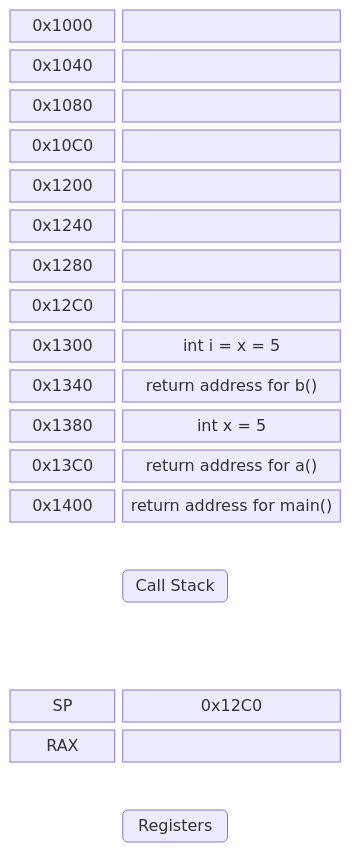
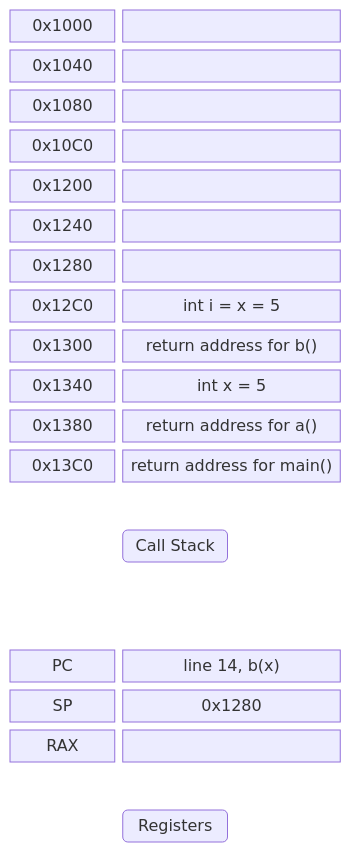
One commit to GlennVL-AP/cpp-programming-slides changed the seventh of 19 diagrams in slides/session_6/index.md. Above: the diagram before and after it, drawn with Mermaid. The commit also changed other lines of this file, not shown here.

````diff
--- a/slides/session_6/index.md
+++ b/slides/session_6/index.md
@@ -968,40 +1070,40 @@
 ```mermaid
 block-beta
   columns 3
   addr1["0x1000"]:1
   frame1[" "]:2
   addr2["0x1040"]:1
   frame2[" "]:2
   addr3["0x1080"]:1
   frame3[" "]:2
   addr4["0x10C0"]:1
   frame4[" "]:2
   addr5["0x1200"]:1
   frame5[" "]:2
   addr6["0x1240"]:1
   frame6[" "]:2
   addr7["0x1280"]:1
   frame7[" "]:2
   addr8["0x12C0"]:1
-  frame8[" "]:2
+  frame8["int i = x = 5"]:2
   addr9["0x1300"]:1
-  frame9["int i = x = 5"]:2
+  frame9["return address for b()"]:2
   addr10["0x1340"]:1
-  frame10["return address for b()"]:2
+  frame10["int x = 5"]:2
   addr11["0x1380"]:1
-  frame11["int x = 5"]:2
+  frame11["return address for a()"]:2
   addr12["0x13C0"]:1
-  frame12["return address for a()"]:2
-  addr13["0x1400"]:1
-  frame13["return address for main()"]:2
+  frame12["return address for main()"]:2
   space:3
   space callstack("Call Stack") space
   space:3
   space:3
-  reg1["SP"]:1
-  regval1["0x12C0"]:2
-  reg2["RAX"]:1
-  regval2[" "]:2
+  reg1["PC"]:1
+  regval1["line 14, b(x)"]:2
+  reg2["SP"]:1
+  regval2["0x1280"]:2
+  reg3["RAX"]:1
+  regval3[" "]:2
   space:3
   space registers("Registers") space
 ```
````
